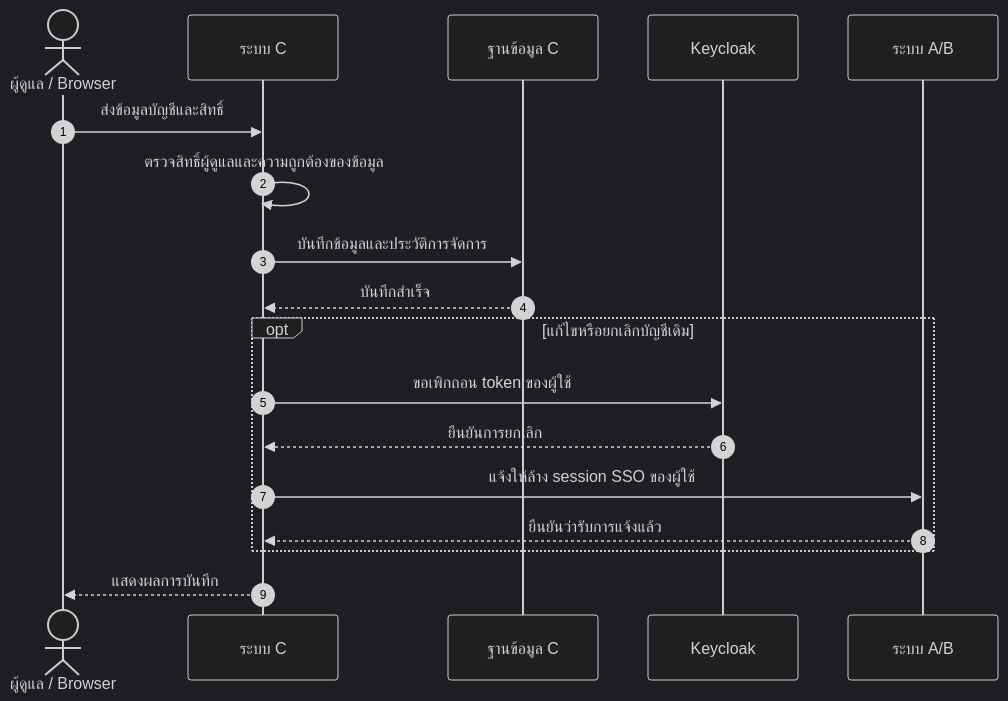
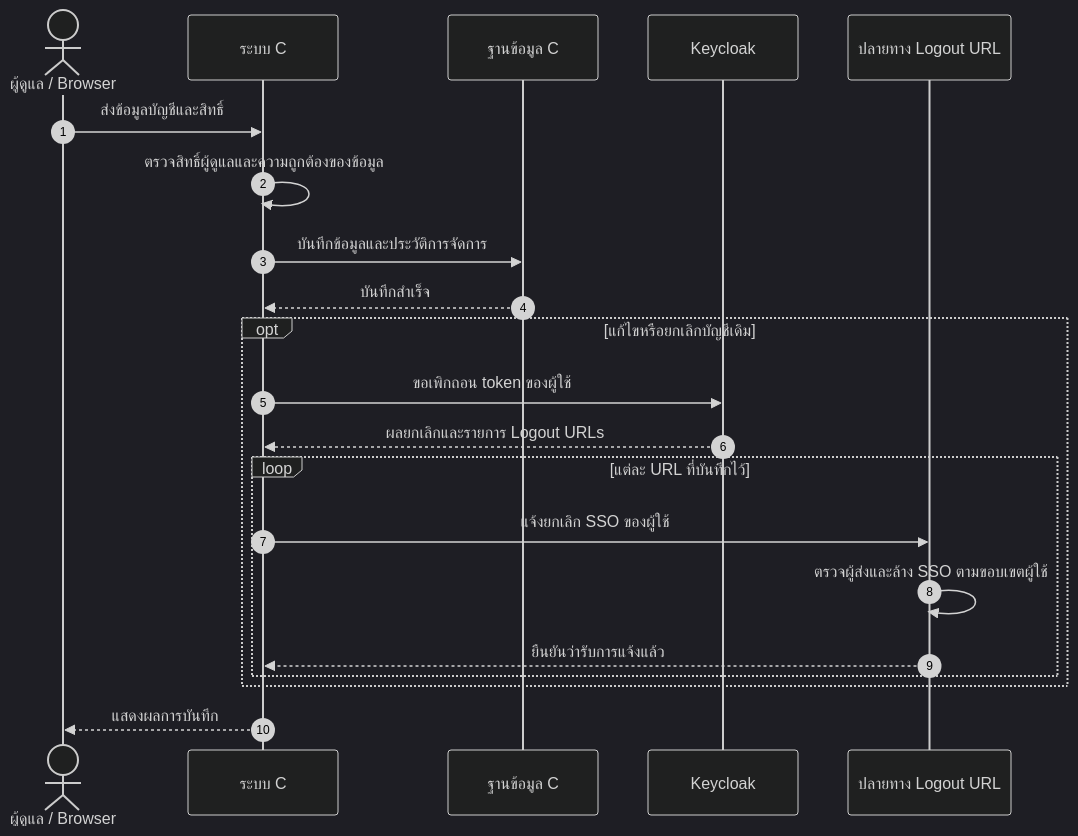
Diagram 19 of 22 in docs/flows/LOGIN-AND-SESSION.md (Sin1apachai/poc_sso), drawn with Mermaid (dark theme) before and after one commit. The commit also changed other lines of this file and 58 other files, not shown here.

Commit message:
Unify SSO logout targets and document native heartbeat settings

````diff
--- a/docs/flows/LOGIN-AND-SESSION.md
+++ b/docs/flows/LOGIN-AND-SESSION.md
@@ -462,20 +466,23 @@
 ```mermaid
 sequenceDiagram
     autonumber
     actor U as ผู้ดูแล / Browser
     participant C as ระบบ C
     participant D as ฐานข้อมูล C
     participant K as Keycloak
-    participant A as ระบบ A/B
+    participant A as ปลายทาง Logout URL
     U->>C: ส่งข้อมูลบัญชีและสิทธิ์
     C->>C: ตรวจสิทธิ์ผู้ดูแลและความถูกต้องของข้อมูล
     C->>D: บันทึกข้อมูลและประวัติการจัดการ
     D-->>C: บันทึกสำเร็จ
     opt แก้ไขหรือยกเลิกบัญชีเดิม
         C->>K: ขอเพิกถอน token ของผู้ใช้
-        K-->>C: ยืนยันการยกเลิก
-        C->>A: แจ้งให้ล้าง session SSO ของผู้ใช้
-        A-->>C: ยืนยันว่ารับการแจ้งแล้ว
+        K-->>C: ผลยกเลิกและรายการ Logout URLs
+        loop แต่ละ URL ที่บันทึกไว้
+            C->>A: แจ้งยกเลิก SSO ของผู้ใช้
+            A->>A: ตรวจผู้ส่งและล้าง SSO ตามขอบเขตผู้ใช้
+            A-->>C: ยืนยันว่ารับการแจ้งแล้ว
+        end
     end
     C-->>U: แสดงผลการบันทึก
 ```
````
